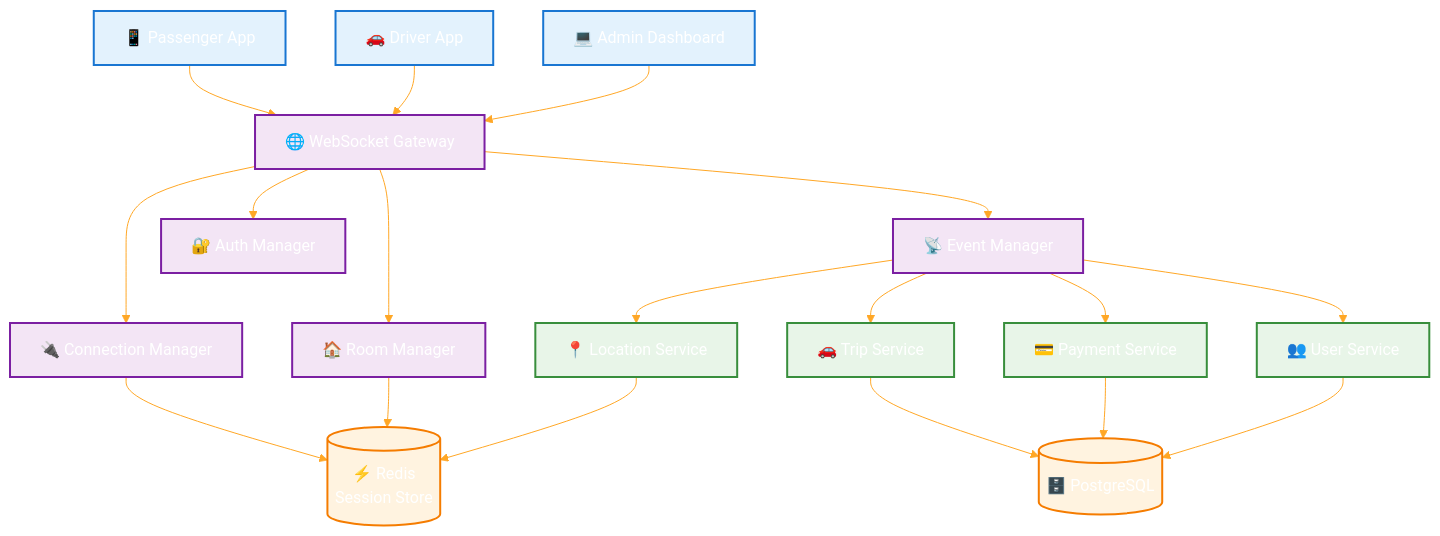
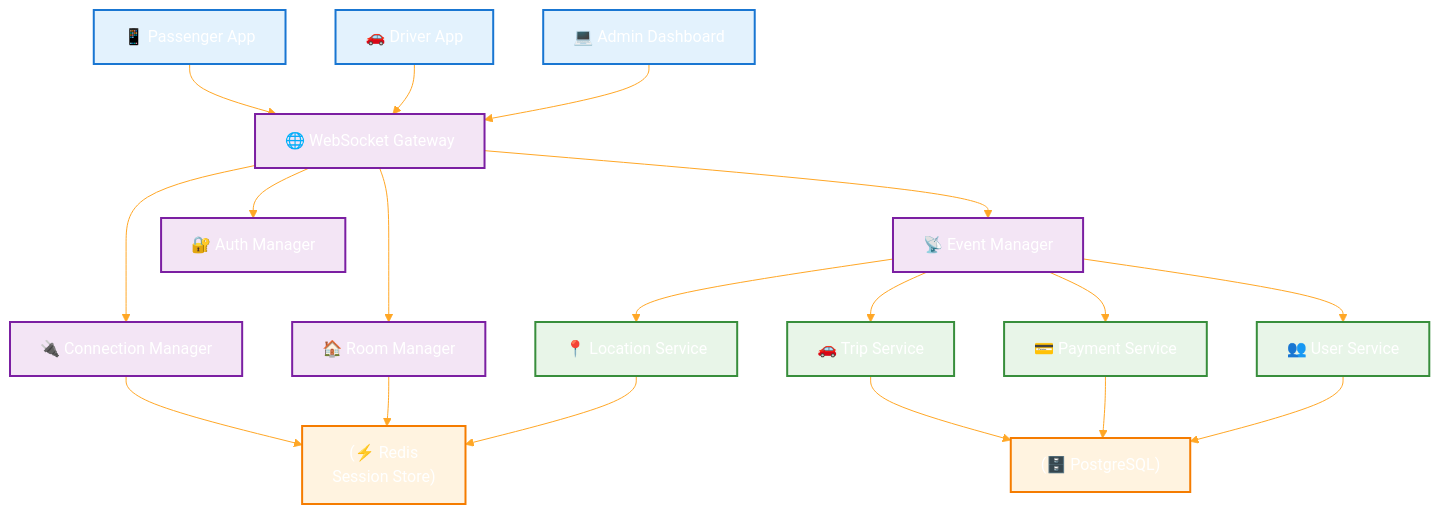
The first of 5 diagrams in docs/architecture/websocket-events.md (abdoElHodaky/transportapp), drawn with Mermaid before and after one commit. The commit also changed other lines of this file and 7 other files, not shown here.

````diff
--- a/docs/architecture/websocket-events.md
+++ b/docs/architecture/websocket-events.md
@@ -29,40 +29,40 @@
 ```mermaid
 %%{init: {'theme':'base', 'themeVariables': {'primaryColor':'#ff6b6b','primaryTextColor':'#fff','primaryBorderColor':'#ff6b6b','lineColor':'#ffa726','sectionBkgColor':'#ff6b6b','altSectionBkgColor':'#fff','gridColor':'#fff','secondaryColor':'#006100','tertiaryColor':'#fff'}}}%%
 graph TB
     %% Client Applications
-    PA[📱 Passenger App] --> WS[🌐 WebSocket Gateway]
-    DA[🚗 Driver App] --> WS
-    AD[💻 Admin Dashboard] --> WS
+    PA["📱 Passenger App"] --> WS["🌐 WebSocket Gateway"]
+    DA["🚗 Driver App"] --> WS
+    AD["💻 Admin Dashboard"] --> WS
     
     %% WebSocket Gateway Components
-    WS --> CM[🔌 Connection Manager]
-    WS --> RM[🏠 Room Manager]
-    WS --> EM[📡 Event Manager]
-    WS --> AM[🔐 Auth Manager]
+    WS --> CM["🔌 Connection Manager"]
+    WS --> RM["🏠 Room Manager"]
+    WS --> EM["📡 Event Manager"]
+    WS --> AM["🔐 Auth Manager"]
     
     %% Backend Services
-    EM --> TS[🚗 Trip Service]
-    EM --> LS[📍 Location Service]
-    EM --> PS[💳 Payment Service]
-    EM --> US[👥 User Service]
+    EM --> TS["🚗 Trip Service"]
+    EM --> LS["📍 Location Service"]
+    EM --> PS["💳 Payment Service"]
+    EM --> US["👥 User Service"]
     
     %% Data Storage
-    CM --> REDIS[(⚡ Redis<br/>Session Store)]
+    CM --> REDIS["(⚡ Redis<br/>Session Store)"]
     RM --> REDIS
     LS --> REDIS
     
     %% Database
-    TS --> DB[(🗄️ PostgreSQL)]
+    TS --> DB["(🗄️ PostgreSQL)"]
     PS --> DB
     US --> DB
     
-    classDef client fill:#e3f2fd,stroke:#1976d2,stroke-width:2px
-    classDef gateway fill:#f3e5f5,stroke:#7b1fa2,stroke-width:2px
-    classDef service fill:#e8f5e8,stroke:#388e3c,stroke-width:2px
-    classDef storage fill:#fff3e0,stroke:#f57c00,stroke-width:2px
+    classDef client fill:#e3f2fd,stroke:#1976d2,stroke-width:2px;
+    classDef gateway fill:#f3e5f5,stroke:#7b1fa2,stroke-width:2px;
+    classDef service fill:#e8f5e8,stroke:#388e3c,stroke-width:2px;
+    classDef storage fill:#fff3e0,stroke:#f57c00,stroke-width:2px;
     
-    class PA,DA,AD client
-    class WS,CM,RM,EM,AM gateway
-    class TS,LS,PS,US service
-    class REDIS,DB storage
+    class PA,DA,AD client;
+    class WS,CM,RM,EM,AM gateway;
+    class TS,LS,PS,US service;
+    class REDIS,DB storage;
 ```
````
